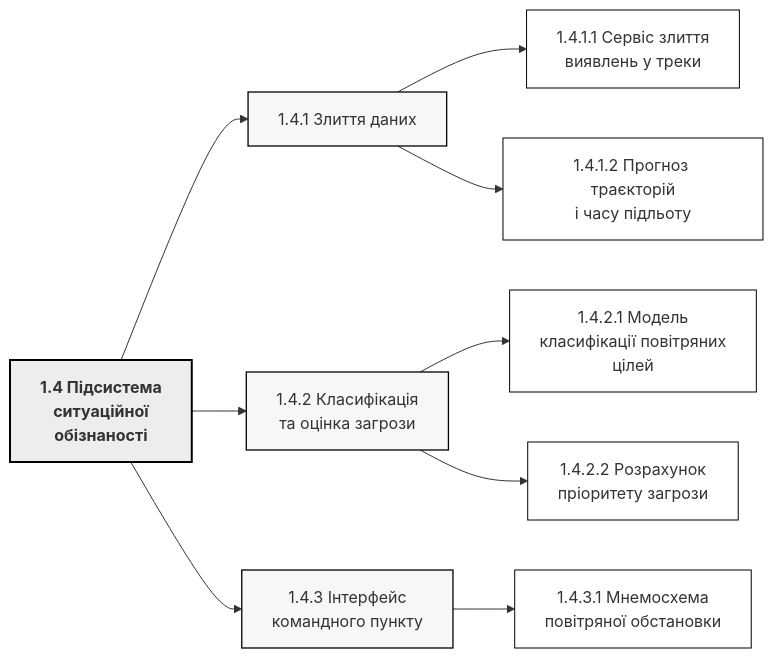
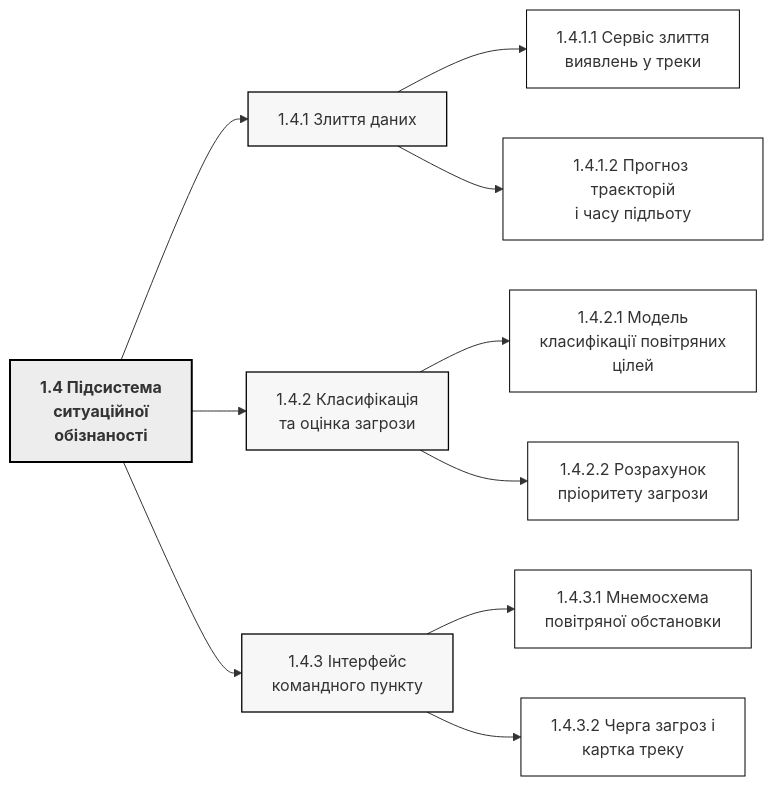
The diagram in lab1/diagrams/12_wbs_1_4.mmd (KravAvfv/-_2026), drawn with Mermaid before and after one commit. The commit also changed 82 other files, not shown here.

```diff
--- a/lab1/diagrams/12_wbs_1_4.mmd
+++ b/lab1/diagrams/12_wbs_1_4.mmd
@@ -1,24 +1,26 @@
 flowchart LR
   classDef l0 fill:#D9D9D9,stroke:#000,stroke-width:2.5px,font-weight:bold;
   classDef l1 fill:#EDEDED,stroke:#000,stroke-width:2px,font-weight:bold;
   classDef l2 fill:#F7F7F7,stroke:#000,stroke-width:1.3px;
   classDef l3 fill:#FFFFFF,stroke:#000,stroke-width:1px;
   classDef alt fill:#FFFFFF,stroke:#000,stroke-width:1px,stroke-dasharray:6 4;
 
   N1_4["1.4 Підсистема<br/>ситуаційної<br/>обізнаності"]:::l1
   N1_4_1["1.4.1 Злиття даних"]:::l2
   N1_4 --> N1_4_1
   N1_4_1_1["1.4.1.1 Сервіс злиття<br/>виявлень у треки"]:::l3
   N1_4_1 --> N1_4_1_1
   N1_4_1_2["1.4.1.2 Прогноз траєкторій<br/>і часу підльоту"]:::l3
   N1_4_1 --> N1_4_1_2
   N1_4_2["1.4.2 Класифікація<br/>та оцінка загрози"]:::l2
   N1_4 --> N1_4_2
   N1_4_2_1["1.4.2.1 Модель<br/>класифікації повітряних<br/>цілей"]:::l3
   N1_4_2 --> N1_4_2_1
   N1_4_2_2["1.4.2.2 Розрахунок<br/>пріоритету загрози"]:::l3
   N1_4_2 --> N1_4_2_2
   N1_4_3["1.4.3 Інтерфейс<br/>командного пункту"]:::l2
   N1_4 --> N1_4_3
   N1_4_3_1["1.4.3.1 Мнемосхема<br/>повітряної обстановки"]:::l3
   N1_4_3 --> N1_4_3_1
+  N1_4_3_2["1.4.3.2 Черга загроз і<br/>картка треку"]:::l3
+  N1_4_3 --> N1_4_3_2
```
